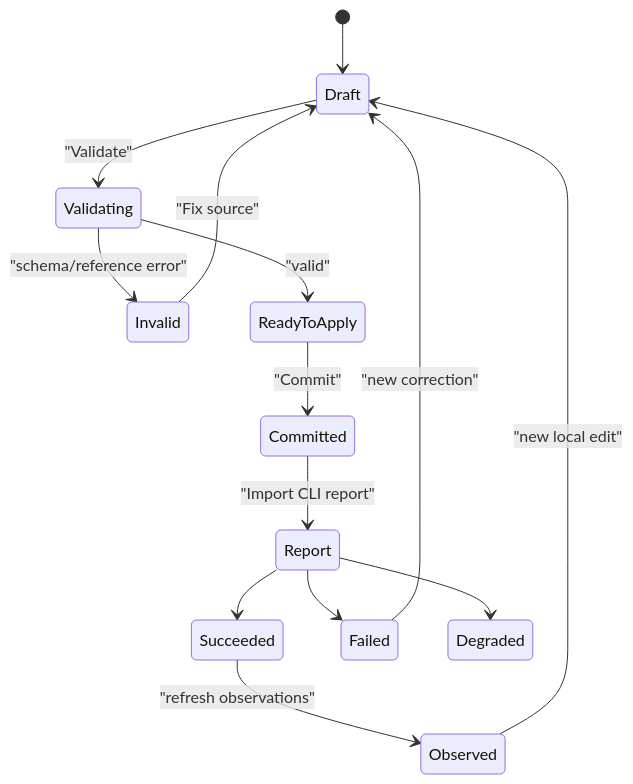
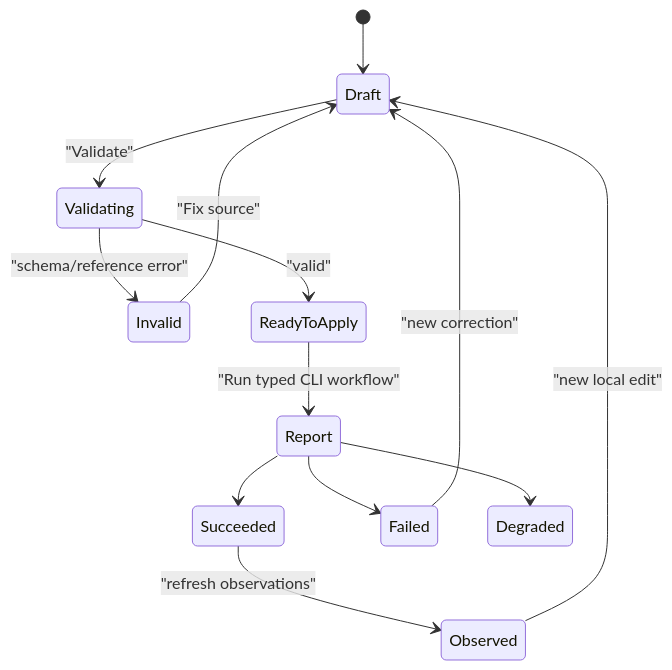
The first of 2 diagrams in docs/operations.md (Liapoldus/studio), drawn with Mermaid before and after one commit. The commit also changed other lines of this file and 79 other files, not shown here.

````diff
--- a/docs/operations.md
+++ b/docs/operations.md
@@ -14,16 +14,15 @@
 ```mermaid
 stateDiagram-v2
     [*] --> Draft
     Draft --> Validating: "Validate"
     Validating --> Invalid: "schema/reference error"
     Invalid --> Draft: "Fix source"
     Validating --> ReadyToApply: "valid"
-    ReadyToApply --> Committed: "Commit"
-    Committed --> Report: "Import CLI report"
+    ReadyToApply --> Report: "Run typed CLI workflow"
     Report --> Succeeded
     Report --> Failed
     Report --> Degraded
     Failed --> Draft: "new correction"
     Succeeded --> Observed: "refresh observations"
     Observed --> Draft: "new local edit"
 ```
````
